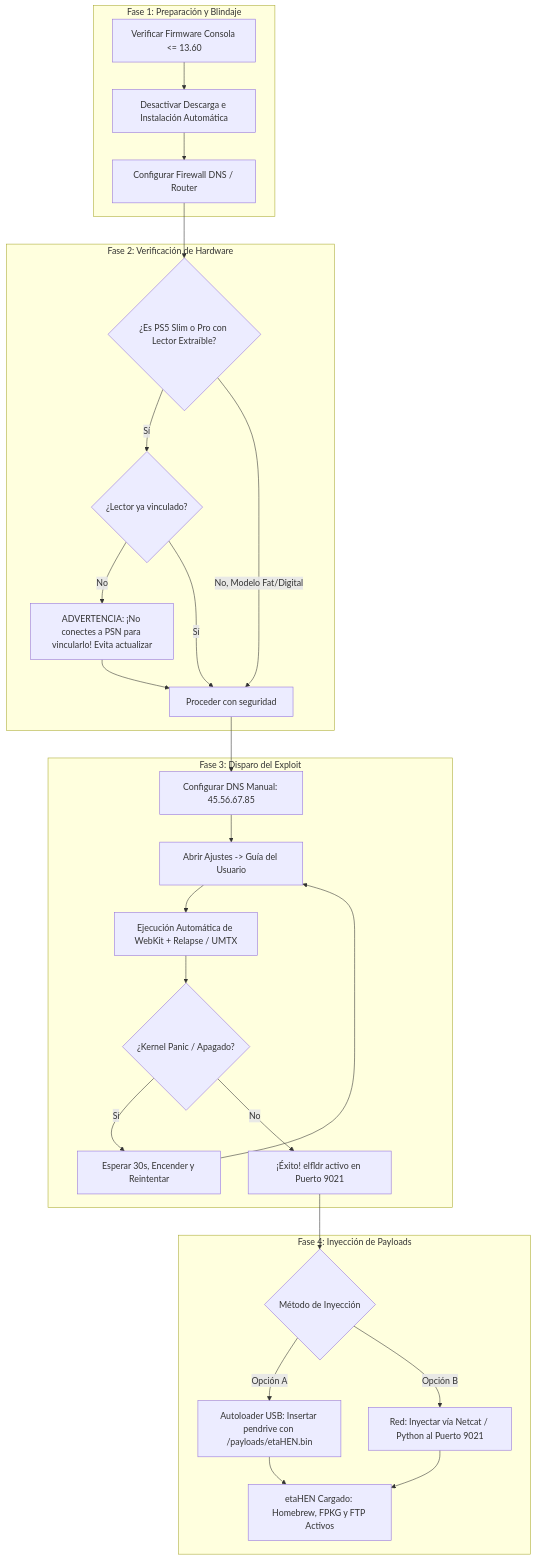
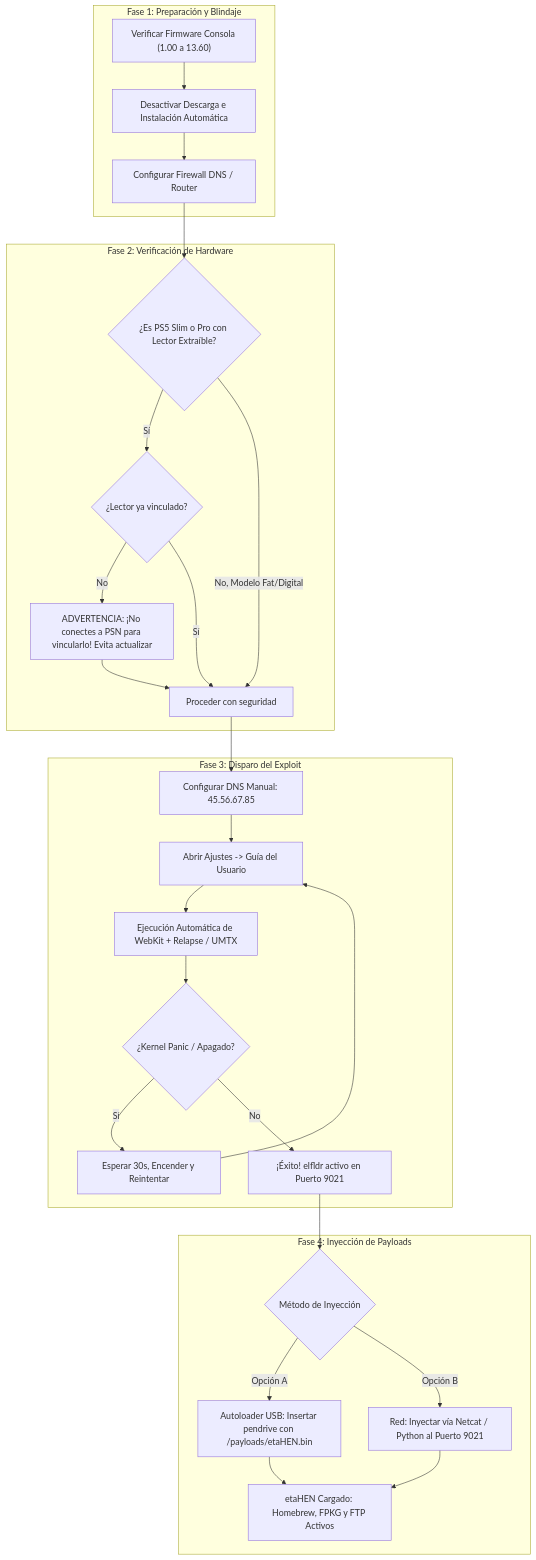
Before and after one commit to alonsojr1980/ps5-jailbreak-compendium: the first of 2 diagrams in i18n/es/README.md, drawn with Mermaid. The commit also changed 3 other files, not shown here.

Commit message:
fix(mermaid): fix pipeline flowchart syntax errors and enhance UI with pastel background and larger typography

````diff
--- a/i18n/es/README.md
+++ b/i18n/es/README.md
@@ -137,34 +137,34 @@
 ```mermaid
-flowchart TD
+graph TD
     subgraph Prep["Fase 1: Preparación y Blindaje"]
-        P1["Verificar Firmware Consola <= 13.60"] --> P2["Desactivar Descarga e Instalación Automática"]
+        P1["Verificar Firmware Consola (1.00 a 13.60)"] --> P2["Desactivar Descarga e Instalación Automática"]
         P2 --> P3["Configurar Firewall DNS / Router"]
     end
 
     subgraph HardwareCheck["Fase 2: Verificación de Hardware"]
         P3 --> H1{"¿Es PS5 Slim o Pro con Lector Extraíble?"}
         H1 -->|Sí| H2{"¿Lector ya vinculado?"}
         H2 -->|No| H3["ADVERTENCIA: ¡No conectes a PSN para vincularlo! Evita actualizar"]
         H2 -->|Sí| H4["Proceder con seguridad"]
         H1 -->|No, Modelo Fat/Digital| H4
         H3 --> H4
     end
 
     subgraph Trigger["Fase 3: Disparo del Exploit"]
         H4 --> E1["Configurar DNS Manual: 45.56.67.85"]
         E1 --> E2["Abrir Ajustes -> Guía del Usuario"]
         E2 --> E3["Ejecución Automática de WebKit + Relapse / UMTX"]
         E3 --> E4{"¿Kernel Panic / Apagado?"}
         E4 -->|Sí| E5["Esperar 30s, Encender y Reintentar"]
         E5 --> E2
         E4 -->|No| E6["¡Éxito! elfldr activo en Puerto 9021"]
     end
 
     subgraph Post["Fase 4: Inyección de Payloads"]
         E6 --> PL1{"Método de Inyección"}
         PL1 -->|Opción A| PL2["Autoloader USB: Insertar pendrive con /payloads/etaHEN.bin"]
         PL1 -->|Opción B| PL3["Red: Inyectar vía Netcat / Python al Puerto 9021"]
         PL2 --> DONE["etaHEN Cargado: Homebrew, FPKG y FTP Activos"]
         PL3 --> DONE
     end
 ```
````
